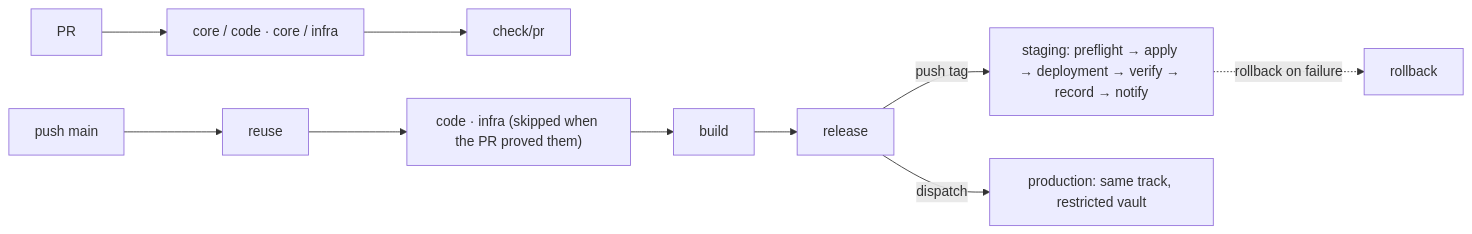
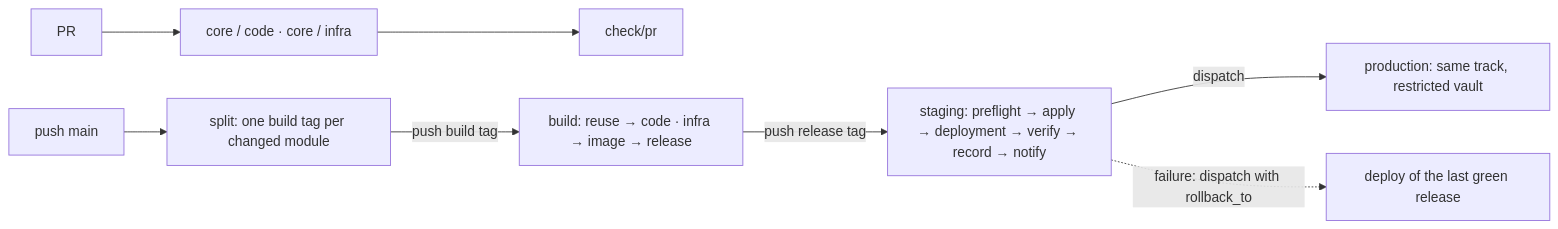
One commit to br4zz4/pipelines changed the diagram in README.md. Above: the diagram before and after it, drawn with Mermaid. The commit also changed other lines of this file and 2 other files, not shown here.

Commit message:
docs: v2 split, build and rollback as deploy

````diff
--- a/README.md
+++ b/README.md
@@ -35,8 +38,9 @@
 ```mermaid
 flowchart LR
   pr[PR] --> lanes["core / code · core / infra"] --> gate["check/pr"]
-  main[push main] --> reuse --> lanes2["code · infra (skipped when the PR proved them)"] --> build --> release
-  release -->|push tag| staging["staging: preflight → apply → deployment → verify → record → notify"]
-  release -->|dispatch| production["production: same track, restricted vault"]
-  staging -.->|rollback on failure| rb[rollback]
+  main[push main] --> split["split: one build tag per changed module"]
+  split -->|push build tag| build["build: reuse → code · infra → image → release"]
+  build -->|push release tag| staging["staging: preflight → apply → deployment → verify → record → notify"]
+  staging -->|dispatch| production["production: same track, restricted vault"]
+  staging -.->|failure: dispatch with rollback_to| rb["deploy of the last green release"]
 ```
````
